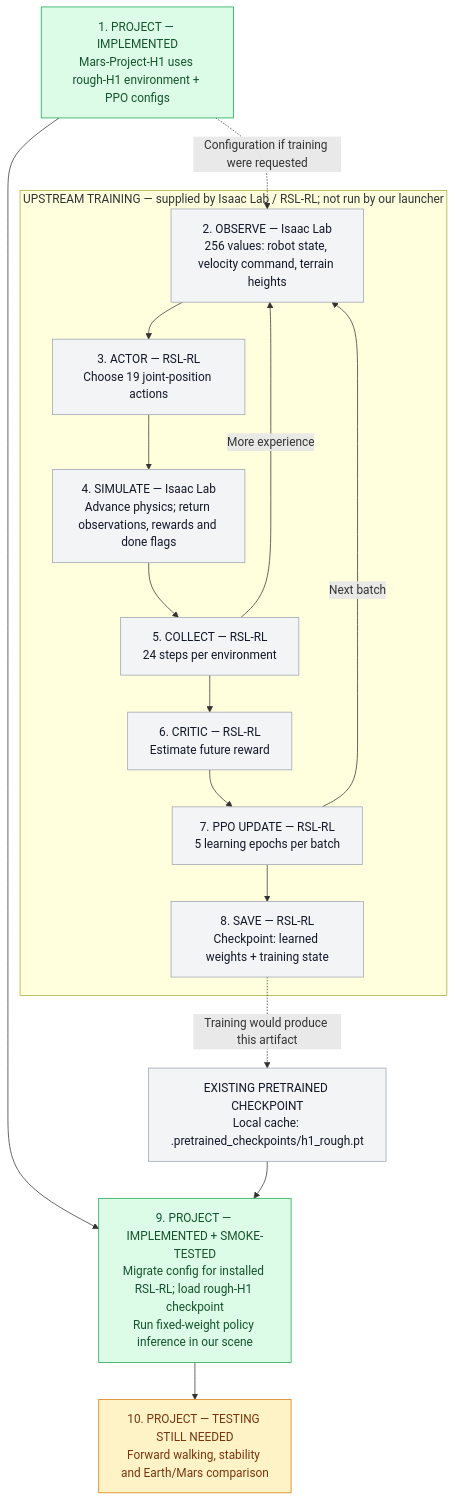
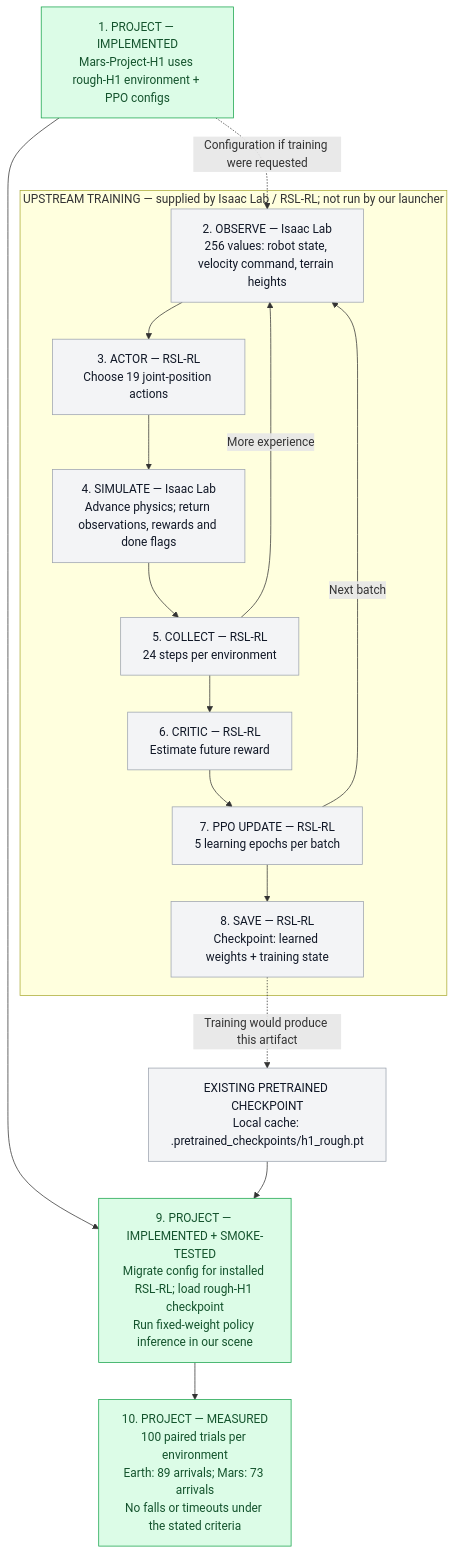
The first of 3 diagrams in README.md (eddie-wq07/Mars-Project), drawn with Mermaid before and after one commit. The commit also changed other lines of this file and 17 other files, not shown here.

````diff
--- a/README.md
+++ b/README.md
@@ -20,30 +20,28 @@
 ```mermaid
 flowchart TD
     config["1. PROJECT — IMPLEMENTED<br/>Mars-Project-H1 uses rough-H1 environment + PPO configs"]
     subgraph upstream["UPSTREAM TRAINING — supplied by Isaac Lab / RSL-RL; not run by our launcher"]
         observe["2. OBSERVE — Isaac Lab<br/>256 values: robot state, velocity command, terrain heights"]
         actor["3. ACTOR — RSL-RL<br/>Choose 19 joint-position actions"]
         simulate["4. SIMULATE — Isaac Lab<br/>Advance physics; return observations, rewards and done flags"]
         collect["5. COLLECT — RSL-RL<br/>24 steps per environment"]
         critic["6. CRITIC — RSL-RL<br/>Estimate future reward"]
         update["7. PPO UPDATE — RSL-RL<br/>5 learning epochs per batch"]
         save["8. SAVE — RSL-RL<br/>Checkpoint: learned weights + training state"]
         observe --> actor --> simulate --> collect --> critic --> update --> save
         collect -->|More experience| observe
         update -->|Next batch| observe
     end
     checkpoint["EXISTING PRETRAINED CHECKPOINT<br/>Local cache: .pretrained_checkpoints/h1_rough.pt"]
     playback["9. PROJECT — IMPLEMENTED + SMOKE-TESTED<br/>Migrate config for installed RSL-RL; load rough-H1 checkpoint<br/>Run fixed-weight policy inference in our scene"]
-    verify["10. PROJECT — TESTING STILL NEEDED<br/>Forward walking, stability and Earth/Mars comparison"]
+    verify["10. PROJECT — MEASURED<br/>100 paired trials per environment<br/>Earth: 89 arrivals; Mars: 73 arrivals<br/>No falls or timeouts under the stated criteria"]
     config -.->|Configuration if training were requested| observe
     save -.->|Training would produce this artifact| checkpoint
     config --> playback
     checkpoint --> playback --> verify
 
     classDef implemented fill:#dcfce7,stroke:#16a34a,color:#14532d;
     classDef upstream fill:#f3f4f6,stroke:#9ca3af,color:#111827;
-    classDef verify fill:#fef3c7,stroke:#d97706,color:#78350f;
-    class config,playback implemented;
+    class config,playback,verify implemented;
     class observe,actor,simulate,collect,critic,update,save,checkpoint upstream;
-    class verify verify;
 ```
````
